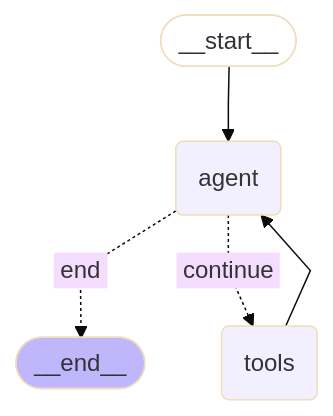
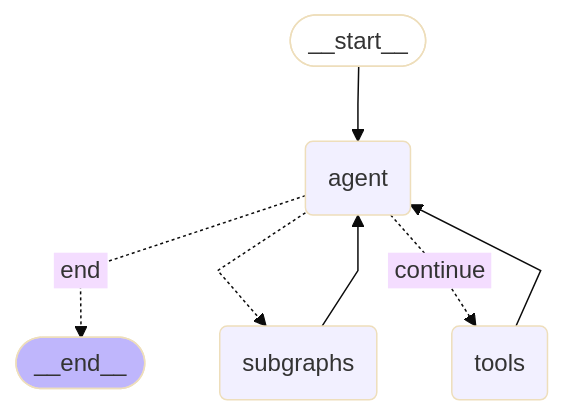
The diagram in docs/graphs/primary_agent_graph.mmd (moonshubh/Agent_Sparrow), drawn with Mermaid (base theme) before and after one commit. The commit also changed 39 other files, not shown here.

```diff
--- a/docs/graphs/primary_agent_graph.mmd
+++ b/docs/graphs/primary_agent_graph.mmd
@@ -1,17 +1,20 @@
 ---
 config:
   flowchart:
     curve: linear
 ---
 graph TD;
 	__start__([<p>__start__</p>]):::first
 	agent(agent)
 	tools(tools)
+	subgraphs(subgraphs)
 	__end__([<p>__end__</p>]):::last
 	__start__ --> agent;
 	agent -. &nbsp;end&nbsp; .-> __end__;
+	agent -.-> subgraphs;
 	agent -. &nbsp;continue&nbsp; .-> tools;
+	subgraphs --> agent;
 	tools --> agent;
 	classDef default fill:#f2f0ff,line-height:1.2
 	classDef first fill-opacity:0
 	classDef last fill:#bfb6fc
```
